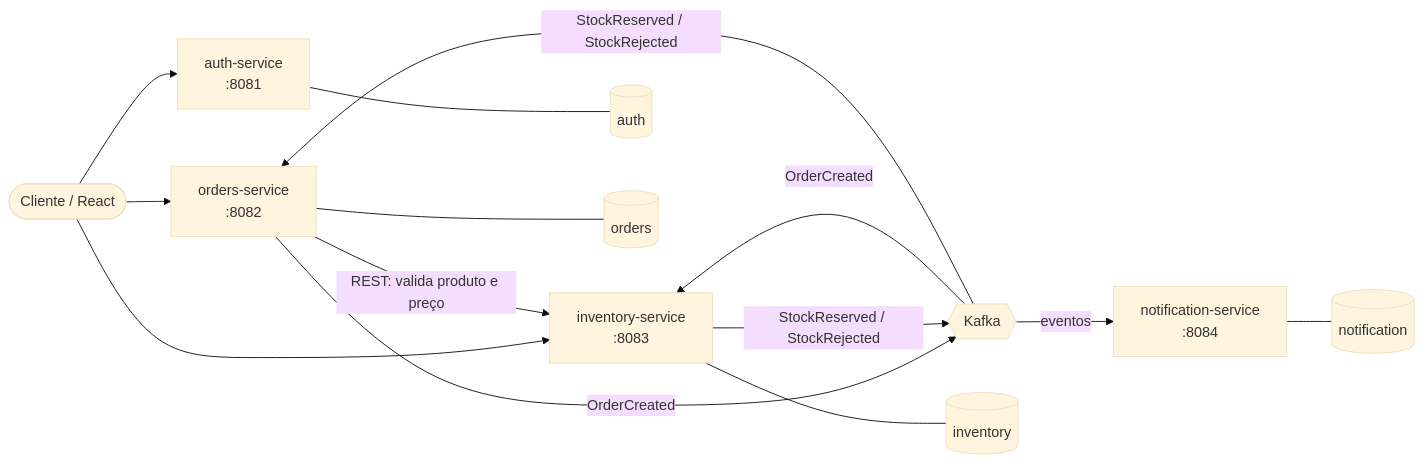
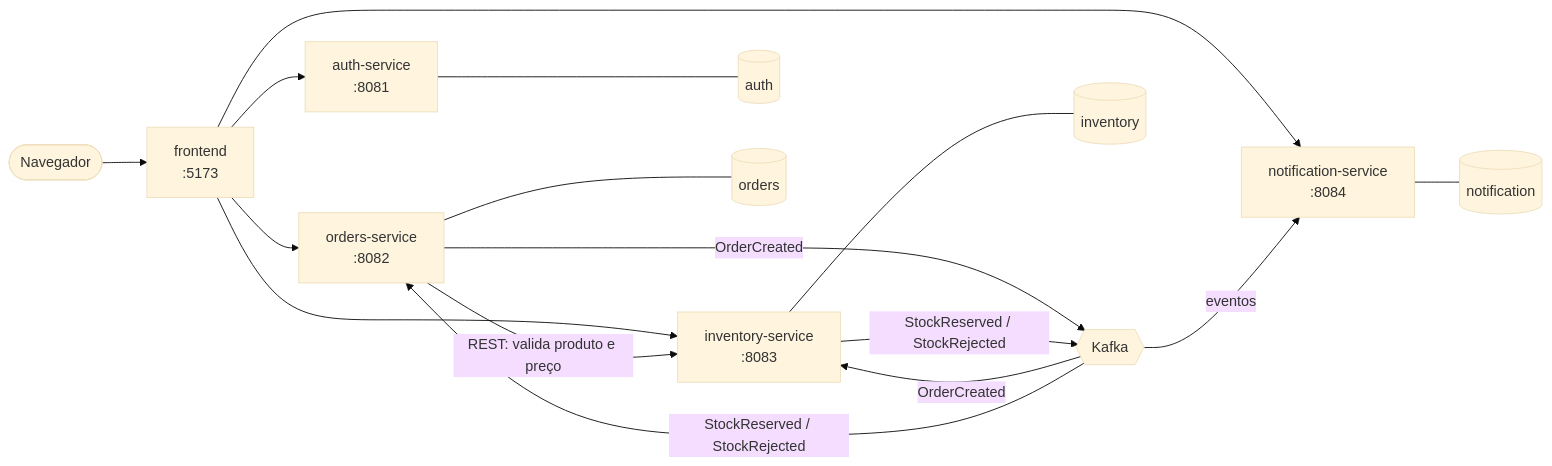
One commit to Pedro-G-B-Azevedo/ecommerce-microservices-java changed the diagram in README.md. Above: the diagram before and after it, drawn with Mermaid (base theme). The commit also changed other lines of this file and 57 other files, not shown here.

First line of the commit message:
feat(frontend): React SPA covering the customer and admin journey

````diff
--- a/README.md
+++ b/README.md
@@ -13,21 +13,22 @@
 ```mermaid
 flowchart LR
-    client([Cliente / React])
+    client([Navegador]) --> frontend[frontend<br/>:5173]
 
-    client --> auth[auth-service<br/>:8081]
-    client --> orders[orders-service<br/>:8082]
-    client --> inventory[inventory-service<br/>:8083]
+    frontend --> auth[auth-service<br/>:8081]
+    frontend --> orders[orders-service<br/>:8082]
+    frontend --> inventory[inventory-service<br/>:8083]
+    frontend --> notification[notification-service<br/>:8084]
 
     orders -- "REST: valida produto e preço" --> inventory
 
     orders -- OrderCreated --> kafka{{Kafka}}
     kafka -- OrderCreated --> inventory
     inventory -- "StockReserved / StockRejected" --> kafka
     kafka -- "StockReserved / StockRejected" --> orders
     kafka -- eventos --> notification[notification-service<br/>:8084]
 
     auth --- authdb[(auth)]
     orders --- ordersdb[(orders)]
     inventory --- inventorydb[(inventory)]
     notification --- notificationdb[(notification)]
 ```
````
